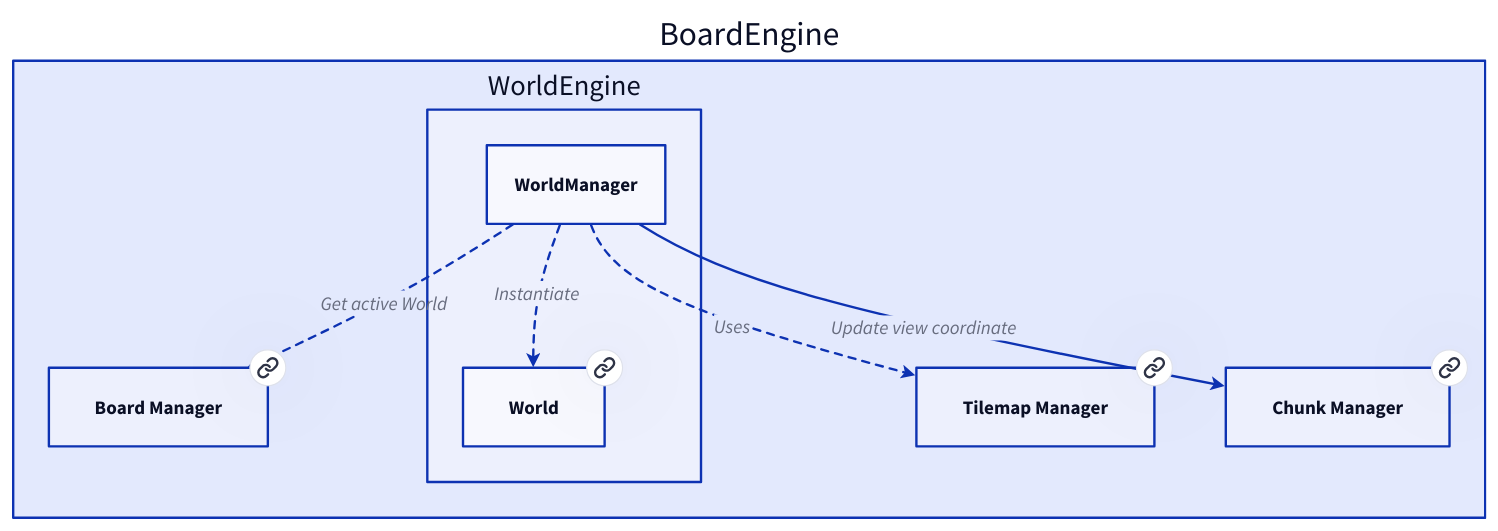
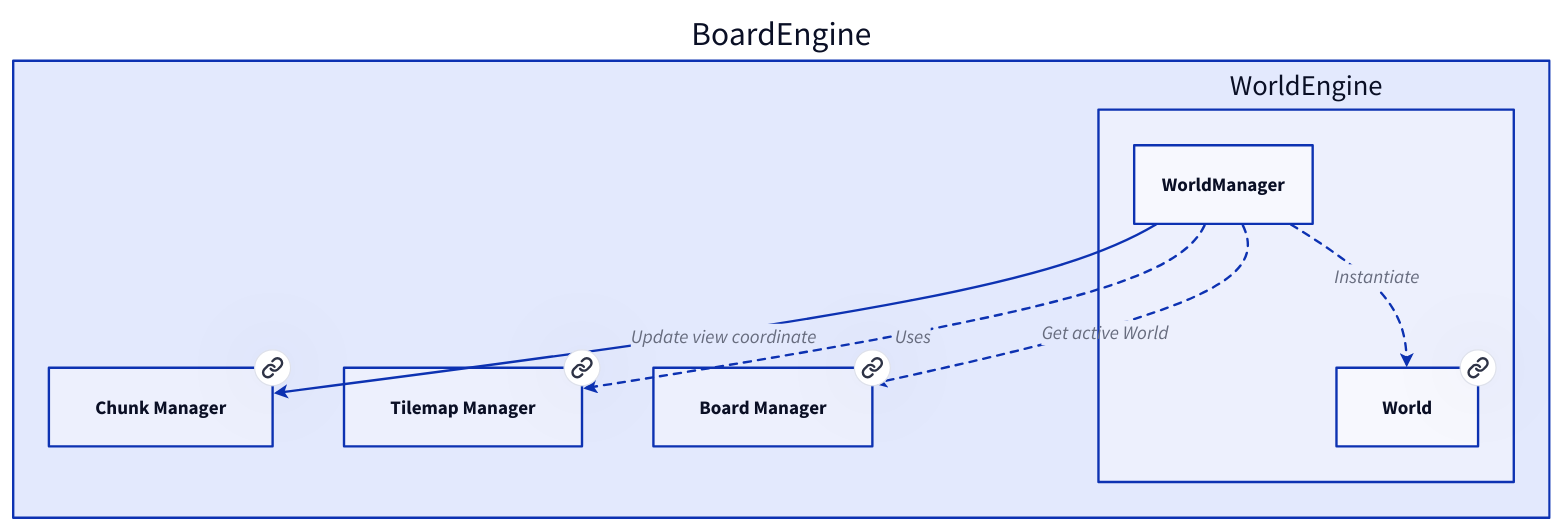
One commit to Portevent/Brume-Documentation changed the diagram in doc/graphs/d2/WorldManager.d2. Above: the diagram before and after it, drawn with D2. The commit also changed other lines of this file and 79 other files, not shown here.

```diff
--- a/doc/graphs/d2/WorldManager.d2
+++ b/doc/graphs/d2/WorldManager.d2
@@ -1,35 +1,35 @@
 # Nodes :
 BoardEngine: {
+    ChunkManager: Chunk Manager {
+       link: ChunkManager
+    }
+    TilemapManager: Tilemap Manager {
+       link: TilemapManager
+    }
     BoardManager: Board Manager {
        link: BoardManager
     }
     WorldEngine: {
         World: World {
            link: World
         }
-    }
-    TilemapManager: Tilemap Manager {
-       link: TilemapManager
-    }
-    ChunkManager: Chunk Manager {
-       link: ChunkManager
     }
 }
 
 # Links :
 BoardEngine.WorldEngine.WorldManager -> BoardEngine.BoardManager: Get active World {style.stroke-dash: 3
 source-arrowhead: {}
 target-arrowhead: {shape: arrow}
 }
 BoardEngine.WorldEngine.WorldManager -> BoardEngine.ChunkManager: Update view coordinate {
 source-arrowhead: {}
 target-arrowhead: {shape: arrow}
 }
 BoardEngine.WorldEngine.WorldManager -> BoardEngine.WorldEngine.World: Instantiate {style.stroke-dash: 3
 source-arrowhead: {}
 target-arrowhead: {shape: arrow}
 }
 BoardEngine.WorldEngine.WorldManager -> BoardEngine.TilemapManager: Uses {style.stroke-dash: 3
 source-arrowhead: {}
 target-arrowhead: {shape: arrow}
 }
```
